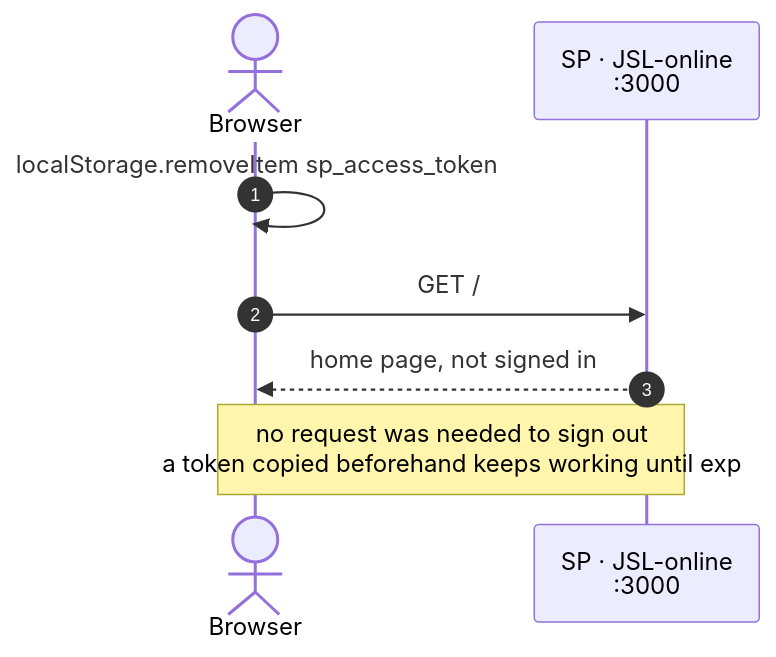
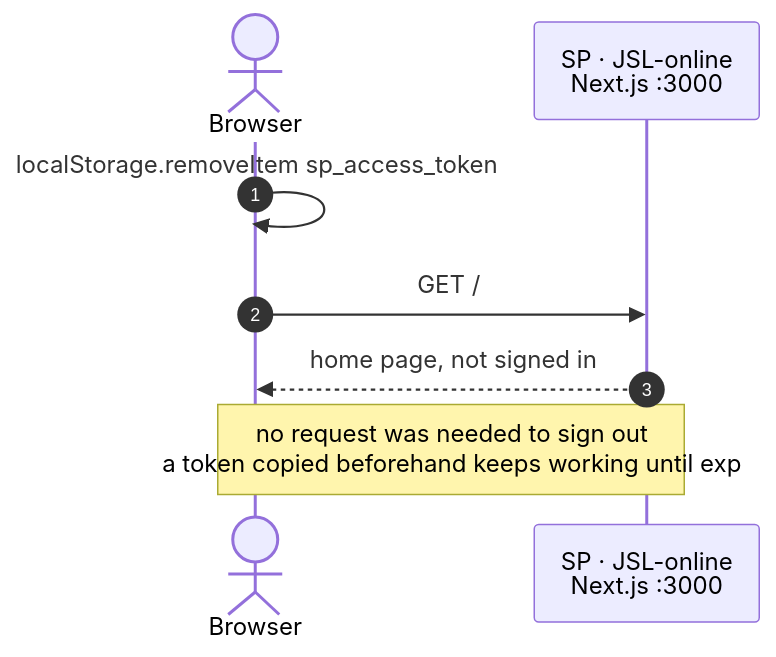
The fifth of 5 diagrams in README.md (richardgong1987/xml-sign-demo), drawn with Mermaid before and after one commit. The commit also changed other lines of this file and 116 other files, not shown here.

````diff
--- a/README.md
+++ b/README.md
@@ -165,11 +198,11 @@
 ```mermaid
 sequenceDiagram
     autonumber
     actor U as Browser
-    participant SP as SP · JSL-online<br/>:3000
+    participant SP as SP · JSL-online<br/>Next.js :3000
 
     U->>U: localStorage.removeItem sp_access_token
     U->>SP: GET /
     SP-->>U: home page, not signed in
     Note over U,SP: no request was needed to sign out<br/>a token copied beforehand keeps working until exp
 ```
````
